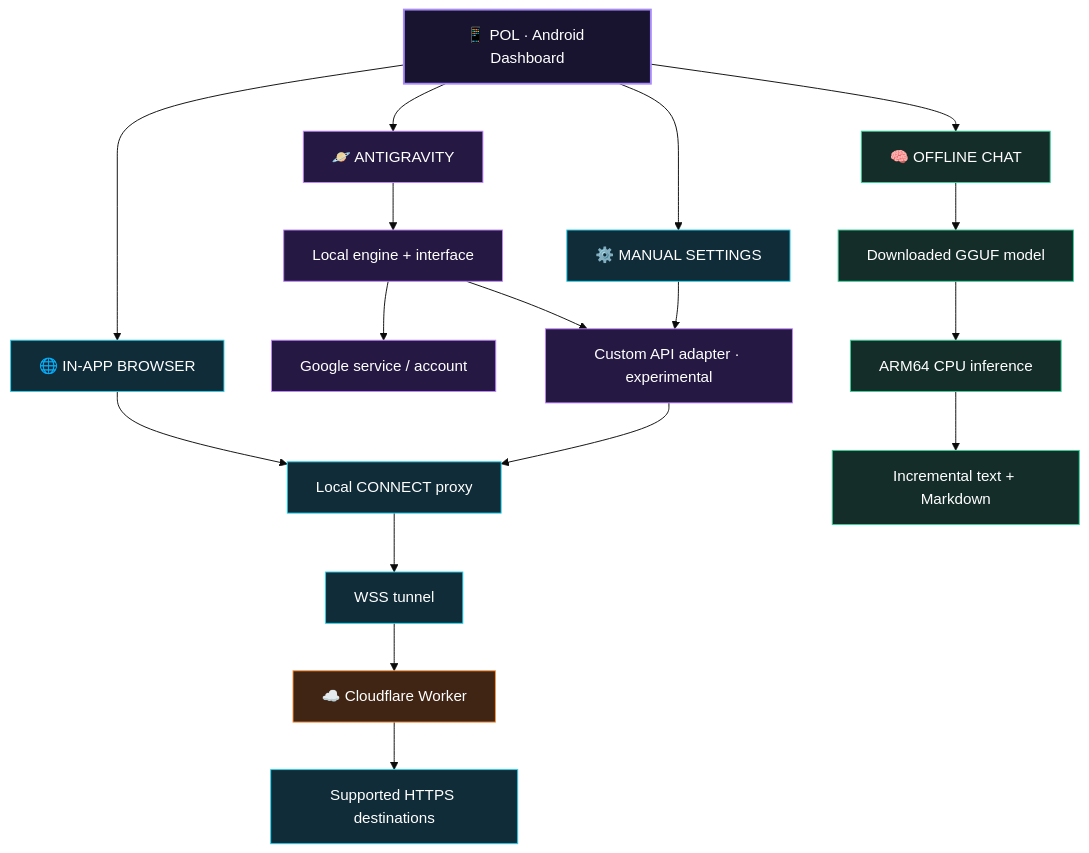
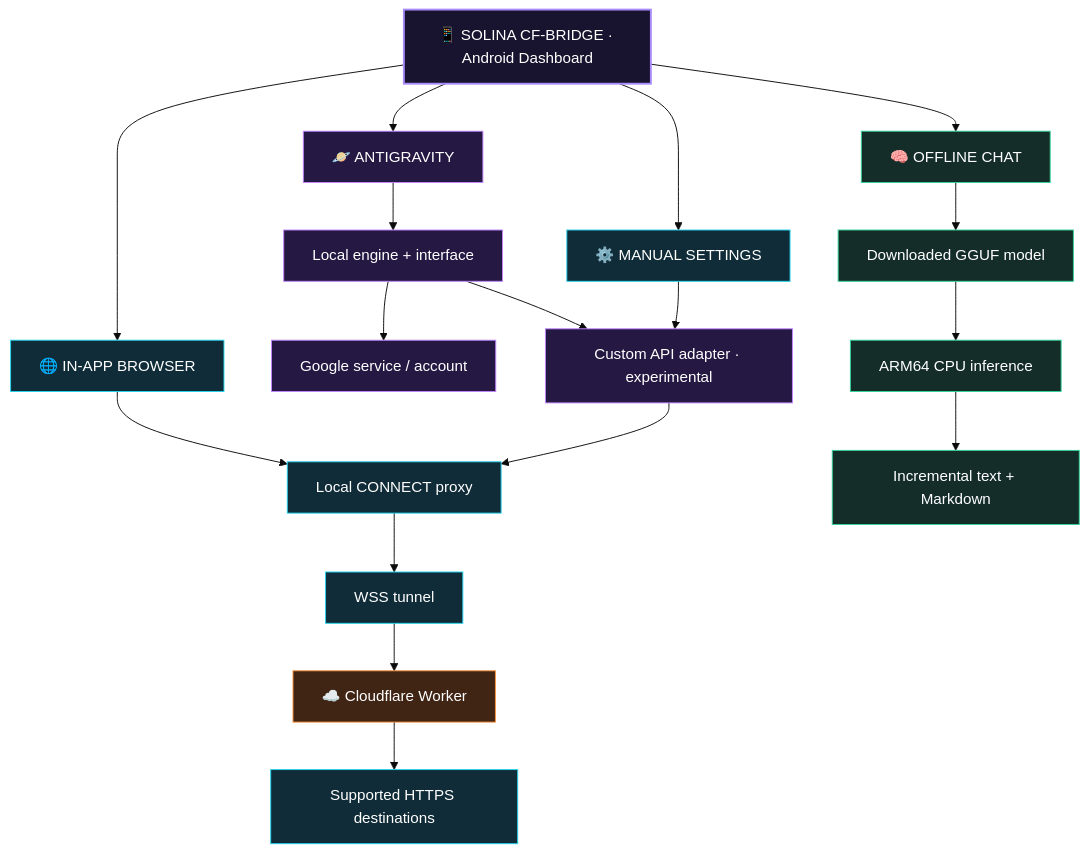
One commit to Solina-Projects/pol-cloudflare-bridge changed the diagram in README.md. Above: the diagram before and after it, drawn with Mermaid (base theme). The commit also changed other lines of this file and 2 other files, not shown here.

First line of the commit message:
Rebrand docs to Solina CF-Bridge

````diff
--- a/README.md
+++ b/README.md
@@ -75,33 +77,33 @@
 ```mermaid
 flowchart TD
-    App["📱 POL · Android Dashboard"]
+    App["📱 SOLINA CF-BRIDGE · Android Dashboard"]
     App --> AG["🪐 ANTIGRAVITY"]
     App --> Web["🌐 IN-APP BROWSER"]
     App --> Off["🧠 OFFLINE CHAT"]
     App --> Settings["⚙️ MANUAL SETTINGS"]
 
     AG --> Runtime["Local engine + interface"]
     Runtime --> Google["Google service / account"]
     Runtime --> Adapter["Custom API adapter · experimental"]
     Settings --> Adapter
     Web --> Proxy["Local CONNECT proxy"]
     Adapter --> Proxy
     Proxy --> WSS["WSS tunnel"]
     WSS --> Worker["☁️ Cloudflare Worker"]
     Worker --> Services["Supported HTTPS destinations"]
 
     Off --> Models["Downloaded GGUF model"]
     Models --> CPU["ARM64 CPU inference"]
     CPU --> Stream["Incremental text + Markdown"]
 
     classDef root fill:#18132f,stroke:#a78bfa,color:#fff,stroke-width:2px;
     classDef ag fill:#251943,stroke:#c084fc,color:#fff;
     classDef net fill:#102c38,stroke:#22d3ee,color:#fff;
     classDef off fill:#142d29,stroke:#34d399,color:#fff;
     classDef cloud fill:#402515,stroke:#fb923c,color:#fff;
     class App root;
     class AG,Runtime,Google,Adapter ag;
     class Web,Settings,Proxy,WSS,Services net;
     class Off,Models,CPU,Stream off;
     class Worker cloud;
 ```
````
